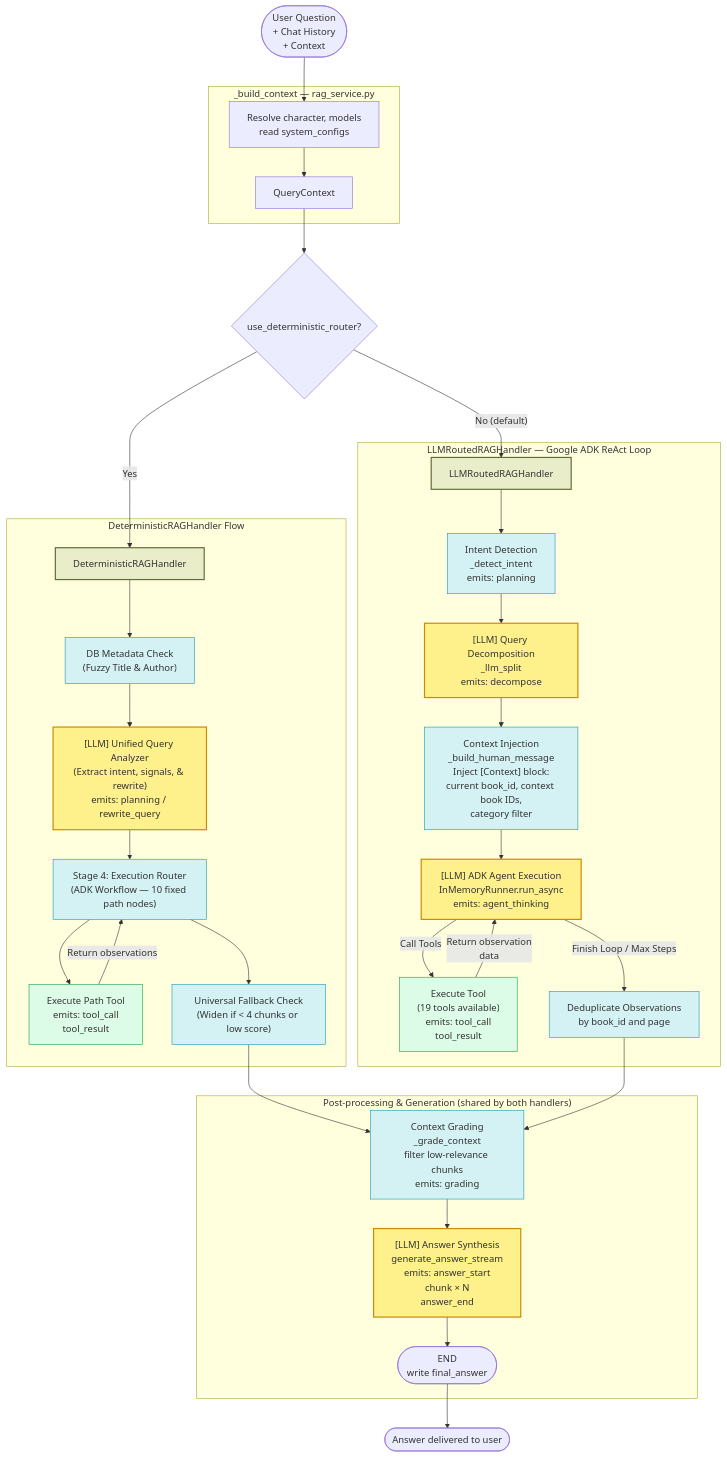
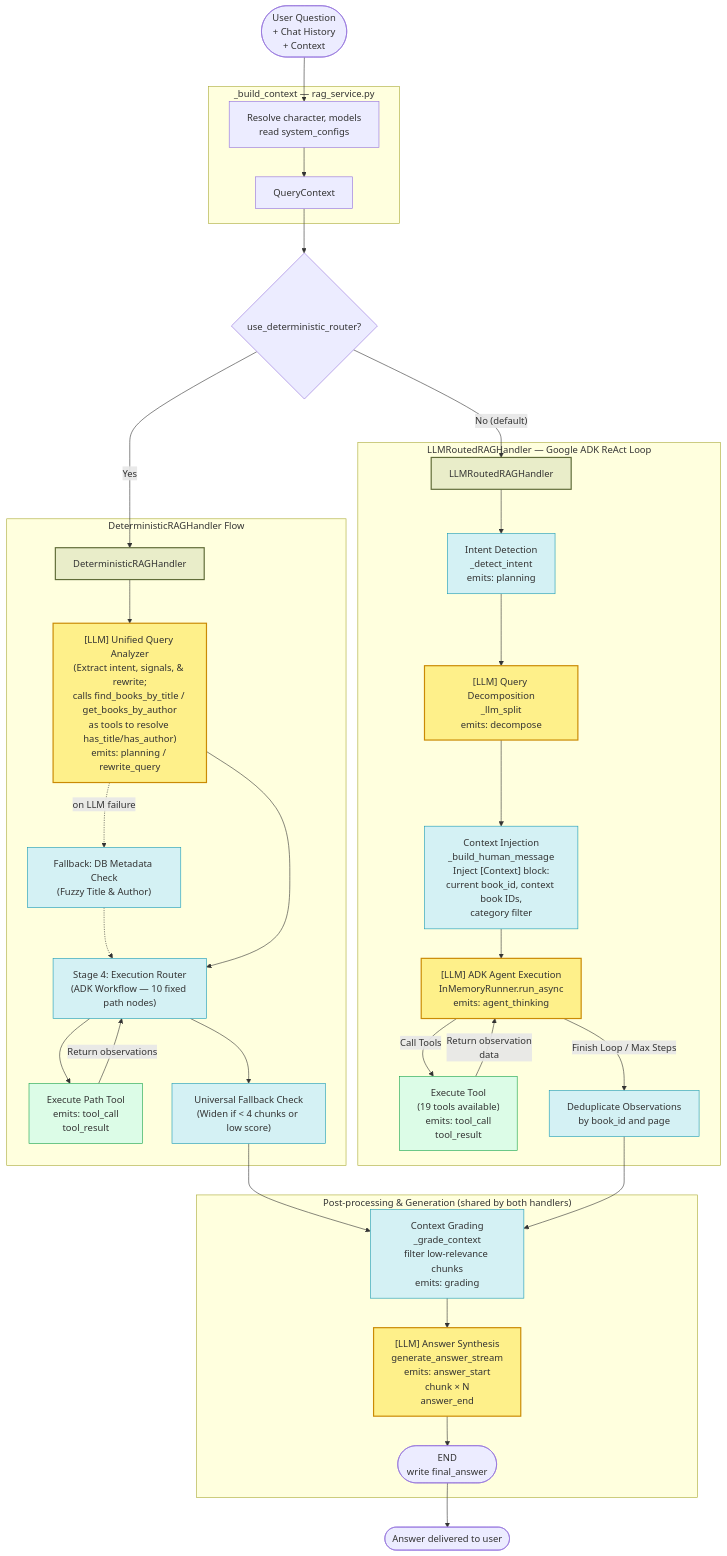
The first of 3 diagrams in docs/main/QUESTION_ANSWERING_DIAGRAM.md (Kitabim-AI/kitabim-ai), drawn with Mermaid before and after one commit. The commit also changed other lines of this file and 7 other files, not shown here.

````diff
--- a/docs/main/QUESTION_ANSWERING_DIAGRAM.md
+++ b/docs/main/QUESTION_ANSWERING_DIAGRAM.md
@@ -9,59 +9,60 @@
 ```mermaid
 flowchart TD
     %% Entry
     Q(["User Question<br/>+ Chat History<br/>+ Context"]) --> BUILD
 
     %% Context build
     subgraph ContextBuild ["_build_context — rag_service.py"]
         BUILD["Resolve character, models<br/>read system_configs"] --> CTX[QueryContext]
     end
 
     CTX --> ROUTE{use_deterministic_router?}
 
     ROUTE -- Yes --> H_DET["DeterministicRAGHandler"]
     ROUTE -- No (default) --> H_AG["LLMRoutedRAGHandler"]
 
     %% Deterministic Router Flow
     subgraph DetRouter ["DeterministicRAGHandler Flow"]
-        H_DET --> S1_DB["DB Metadata Check<br/>(Fuzzy Title & Author)"]
-        S1_DB --> S1_LLM["[LLM] Unified Query Analyzer<br/>(Extract intent, signals, & rewrite)<br/>emits: planning / rewrite_query"]
+        H_DET --> S1_LLM["[LLM] Unified Query Analyzer<br/>(Extract intent, signals, & rewrite;<br/>calls find_books_by_title / get_books_by_author<br/>as tools to resolve has_title/has_author)<br/>emits: planning / rewrite_query"]
+        S1_LLM -.->|on LLM failure| S1_DB["Fallback: DB Metadata Check<br/>(Fuzzy Title & Author)"]
+        S1_DB -.-> S4
         S1_LLM --> S4["Stage 4: Execution Router<br/>(ADK Workflow — 10 fixed path nodes)"]
         S4 --> T_DET["Execute Path Tool<br/>emits: tool_call<br/>tool_result"]
         T_DET -->|Return observations| S4
         S4 --> DET_MERGE["Universal Fallback Check<br/>(Widen if < 4 chunks or low score)"]
     end
 
     %% LLM-Routed RAG — Google ADK Execution Flow
     subgraph LLMRoutedRAG ["LLMRoutedRAGHandler — Google ADK ReAct Loop"]
         H_AG --> INTENT["Intent Detection<br/>_detect_intent<br/>emits: planning"]
         INTENT --> DECOMP["[LLM] Query Decomposition<br/>_llm_split<br/>emits: decompose"]
         DECOMP --> CTX_INJ["Context Injection<br/>_build_human_message<br/>Inject [Context] block:<br/>current book_id, context book IDs,<br/>category filter"]
         CTX_INJ --> ADK["[LLM] ADK Agent Execution<br/>InMemoryRunner.run_async<br/>emits: agent_thinking"]
 
         ADK -->|Call Tools| TOOL["Execute Tool<br/>(19 tools available)<br/>emits: tool_call<br/>tool_result"]
         TOOL -->|Return observation<br/>data| ADK
 
         ADK -->|Finish Loop / Max Steps| DEDUP["Deduplicate Observations<br/>by book_id and page"]
     end
 
     DET_MERGE --> GRADE
     DEDUP --> GRADE
 
     subgraph PostProcess ["Post-processing & Generation (shared by both handlers)"]
         GRADE["Context Grading<br/>_grade_context<br/>filter low-relevance chunks<br/>emits: grading"]
         GRADE --> SYNTHESIS["[LLM] Answer Synthesis<br/>generate_answer_stream<br/>emits: answer_start<br/>chunk × N<br/>answer_end"]
         SYNTHESIS --> END_AG(["END<br/>write final_answer"])
     end
 
     END_AG --> ANS(["Answer delivered to user"])
 
     classDef handler fill:#e9edc9,stroke:#606c38,stroke-width:2px
     classDef tool fill:#dcfce7,stroke:#16a34a,stroke-width:1px
     classDef process fill:#d4f1f4,stroke:#189ab4,stroke-width:1px
     classDef llm fill:#fef08a,stroke:#ca8a04,stroke-width:2px
 
     class H_AG,H_DET handler
     class TOOL,T_DET tool
     class INTENT,CTX_INJ,DEDUP,GRADE,S1_DB,S4,DET_MERGE process
     class DECOMP,ADK,SYNTHESIS,S1_LLM llm
 ```
````
